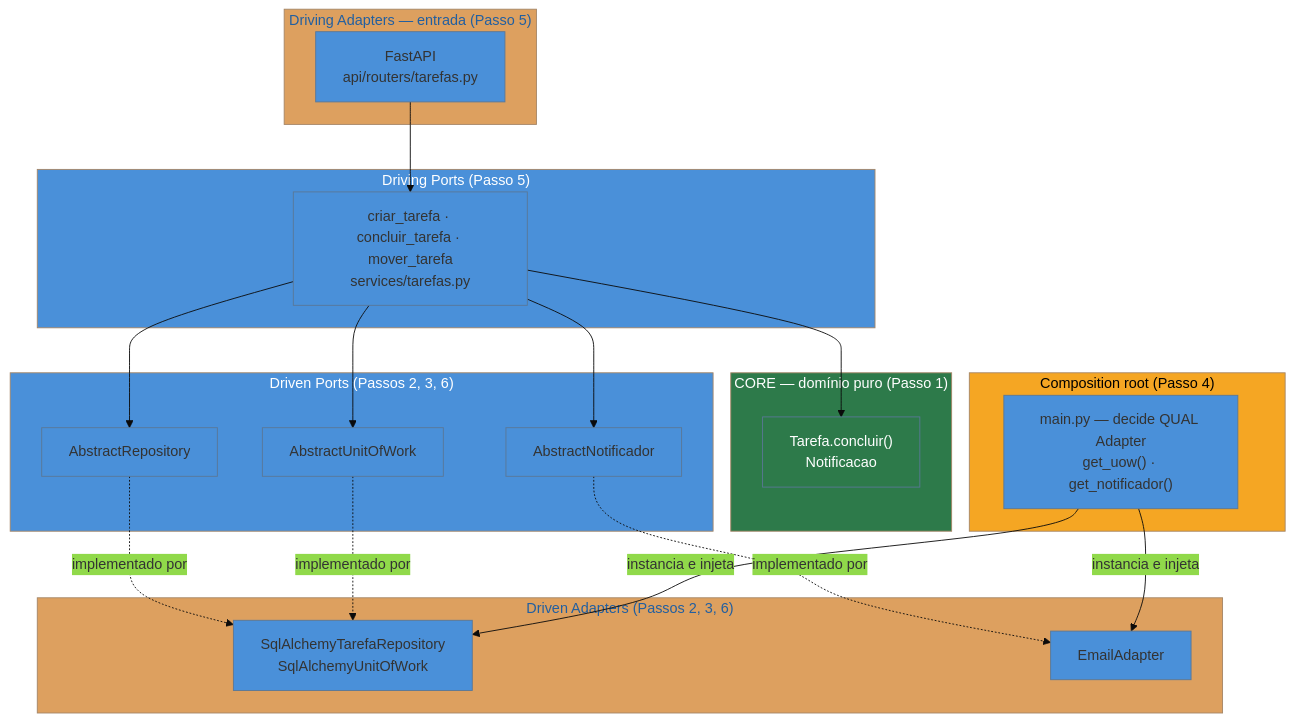
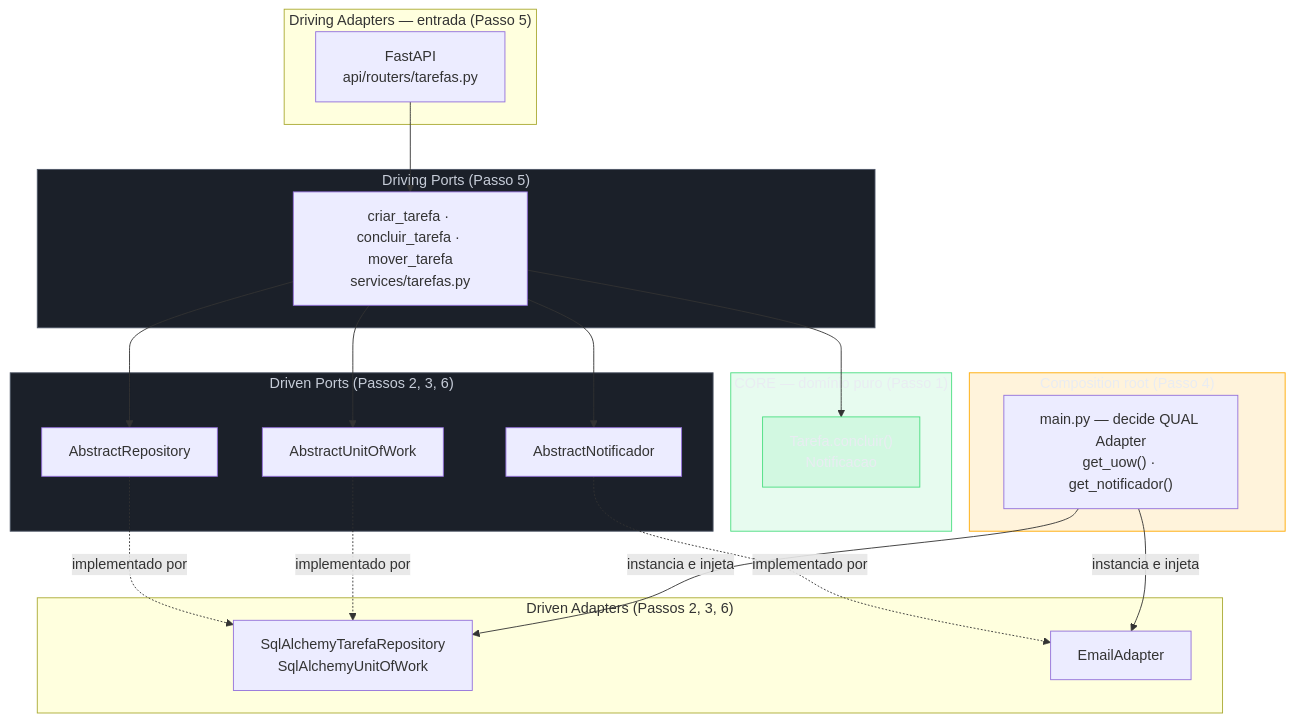
One commit to josenaldo/codex-technomanticus changed the third of 4 diagrams in 03-Dominios/Tecnologia/Python/Arquitetura e Design Patterns/08 - Capstone — refatorando a API de Tarefas pra arquitetura hexagonal.md. Above: the diagram before and after it, drawn with Mermaid. The commit also changed other lines of this file and 1181 other files, not shown here.

First line of the commit message:
fix(diagramas): paleta do sistema no lugar de cor cravada no markdown

````diff
--- a/03-Dominios/Tecnologia/Python/Arquitetura e Design Patterns/08 - Capstone — refatorando a API de Tarefas pra arquitetura hexagonal.md
+++ b/03-Dominios/Tecnologia/Python/Arquitetura e Design Patterns/08 - Capstone — refatorando a API de Tarefas pra arquitetura hexagonal.md
@@ -574,47 +579,49 @@
 ```mermaid
-%%{init: {"theme": "base", "themeVariables": {"primaryColor": "#4A90D9"}}}%%
 flowchart TB
+    classDef ok fill:#4ADE8021,stroke:#4ADE80,color:#E9ECF2
+    classDef neutro fill:#1B2029,stroke:#4E5666,color:#C6CCD8
+    classDef destaque fill:#FFAA0024,stroke:#FFAA00,color:#E9ECF2
     subgraph DrivingAdapters["Driving Adapters — entrada (Passo 5)"]
         HTTP["FastAPI\napi/routers/tarefas.py"]
     end
 
     subgraph DrivingPorts["Driving Ports (Passo 5)"]
         UC["criar_tarefa · concluir_tarefa · mover_tarefa\nservices/tarefas.py"]
     end
 
     subgraph Core["CORE — domínio puro (Passo 1)"]
         ENT["Tarefa.concluir()\nNotificacao"]
     end
 
     subgraph DrivenPorts["Driven Ports (Passos 2, 3, 6)"]
         REPO_PORT["AbstractRepository"]
         UOW_PORT["AbstractUnitOfWork"]
         NOTIF_PORT["AbstractNotificador"]
     end
 
     subgraph DrivenAdapters["Driven Adapters (Passos 2, 3, 6)"]
         SQL["SqlAlchemyTarefaRepository\nSqlAlchemyUnitOfWork"]
         EMAIL["EmailAdapter"]
     end
 
     subgraph Root["Composition root (Passo 4)"]
         MAIN["main.py — decide QUAL Adapter\nget_uow() · get_notificador()"]
     end
 
     HTTP --> UC
     UC --> ENT
     UC --> REPO_PORT
     UC --> UOW_PORT
     UC --> NOTIF_PORT
     REPO_PORT -.->|implementado por| SQL
     UOW_PORT -.->|implementado por| SQL
     NOTIF_PORT -.->|implementado por| EMAIL
     MAIN -->|instancia e injeta| SQL
     MAIN -->|instancia e injeta| EMAIL
 
-    style Core fill:#2d7a4a,color:#fff
-    style ENT fill:#2d7a4a,color:#fff
-    style DrivingPorts fill:#4A90D9,color:#fff
-    style DrivenPorts fill:#4A90D9,color:#fff
-    style Root fill:#F5A623,color:#000
+    class Core ok
+    class ENT ok
+    class DrivingPorts neutro
+    class DrivenPorts neutro
+    class Root destaque
 ```
````
